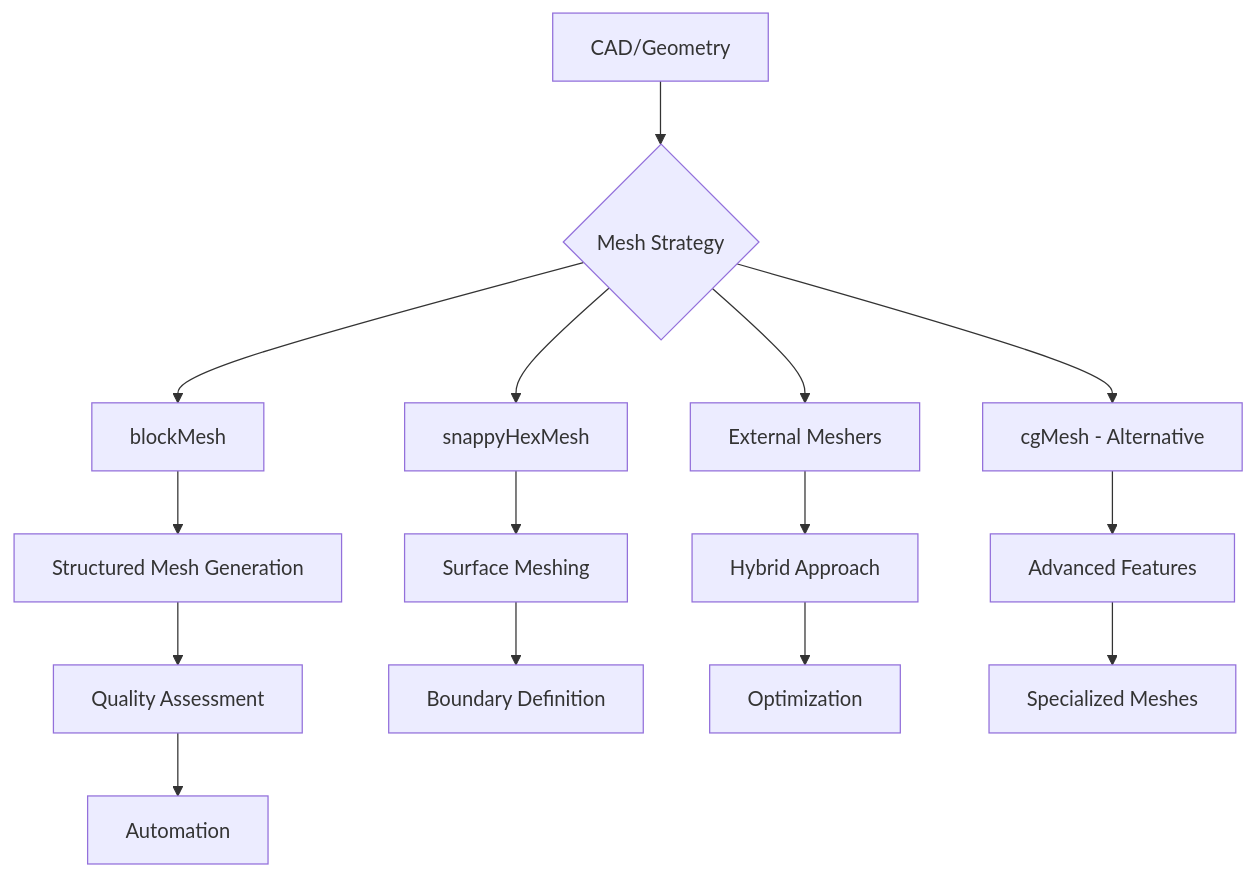
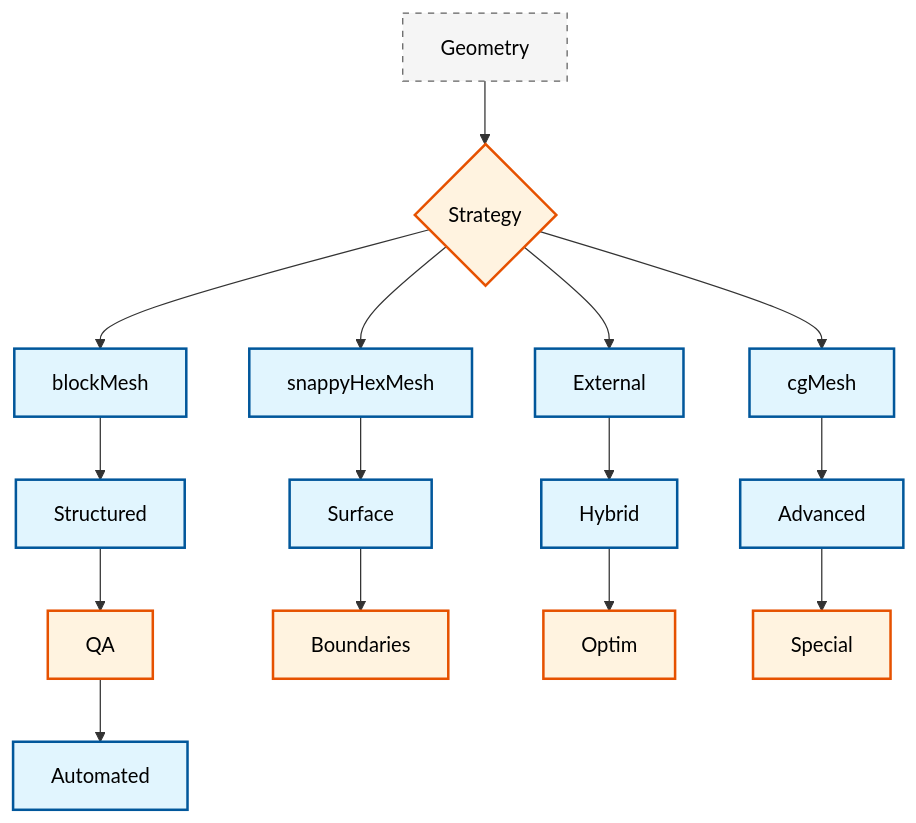
One commit to wramet/build-my-cfd changed the diagram in MODULE_07_UTILITIES_AUTOMATION/CONTENT/02_MESH_PREPARATION/00_Overview.md. Above: the diagram before and after it, drawn with Mermaid. The commit also changed 313 other files, not shown here.

Commit message:
Revise all diagram

````diff
--- a/MODULE_07_UTILITIES_AUTOMATION/CONTENT/02_MESH_PREPARATION/00_Overview.md
+++ b/MODULE_07_UTILITIES_AUTOMATION/CONTENT/02_MESH_PREPARATION/00_Overview.md
@@ -17,26 +17,23 @@
 ```mermaid
 flowchart TD
-    A["CAD/Geometry"]
-    B{"Mesh Strategy"}
-    C[blockMesh]
-    D[snappyHexMesh]
-    E["External Meshers"]
-    F["cgMesh - Alternative"]
-
-    A --> B
-    B --> C
-    B --> D
-    B --> E
-    B --> F
-
-    C --> G["Structured Mesh Generation"]
-    D --> H["Surface Meshing"]
-    E --> I["Hybrid Approach"]
-    F --> J["Advanced Features"]
-
-    G --> K["Quality Assessment"]
-    H --> L["Boundary Definition"]
-    I --> M["Optimization"]
-    J --> N["Specialized Meshes"]
-    K --> O["Automation"]
+classDef implicit fill:#e1f5fe,stroke:#01579b,stroke-width:2px,color:#000
+classDef explicit fill:#fff3e0,stroke:#e65100,stroke-width:2px,color:#000
+classDef context fill:#f5f5f5,stroke:#616161,stroke-width:1px,color:#000,stroke-dasharray: 5 5
+A[Geometry]:::context
+B{Strategy}:::explicit
+C[blockMesh]:::implicit
+D[snappyHexMesh]:::implicit
+E[External]:::implicit
+F[cgMesh]:::implicit
+A --> B
+B --> C & D & E & F
+C --> G[Structured]:::implicit
+D --> H[Surface]:::implicit
+E --> I[Hybrid]:::implicit
+F --> J[Advanced]:::implicit
+G --> K[QA]:::explicit
+H --> L[Boundaries]:::explicit
+I --> M[Optim]:::explicit
+J --> N[Special]:::explicit
+K --> O[Automated]:::implicit
 ```
````
